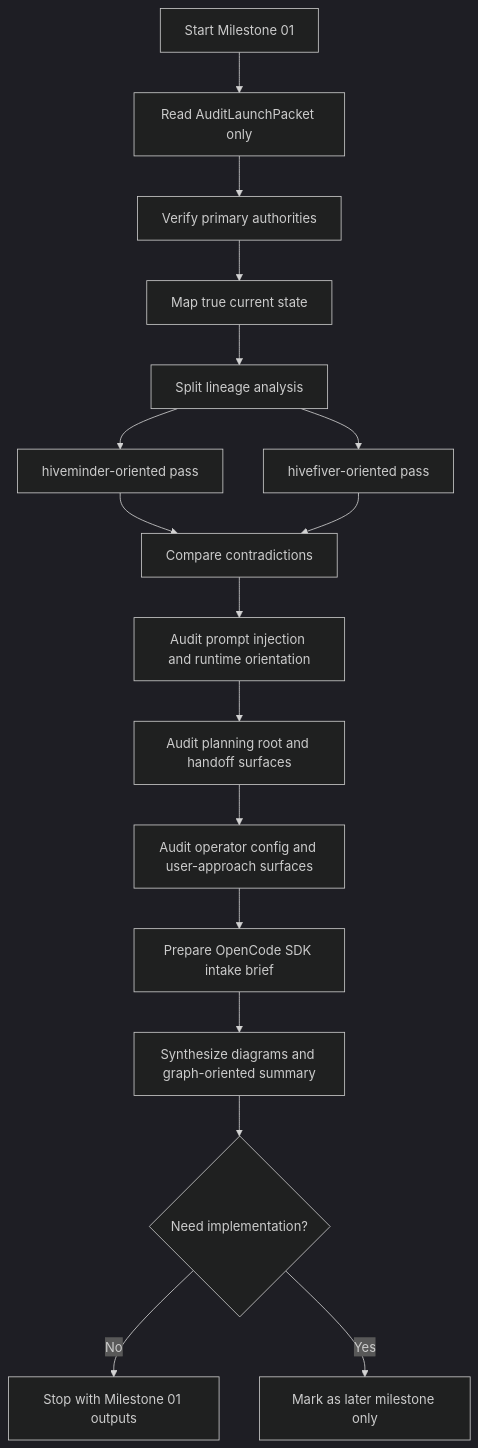
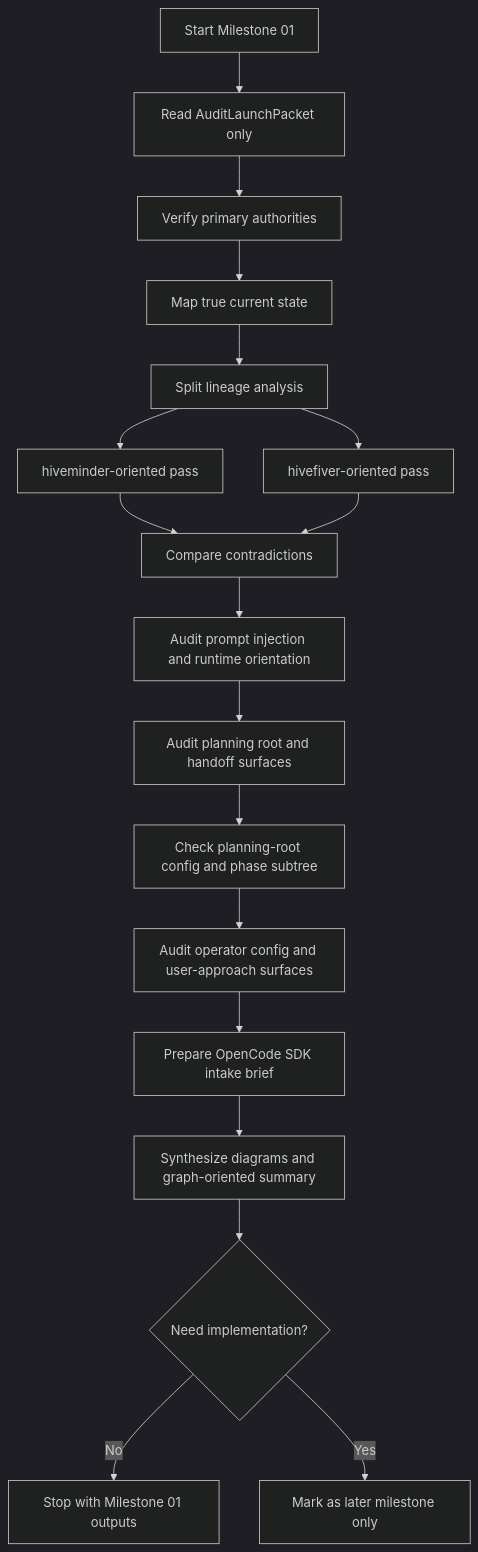
One commit to shynlee04/hivemind-plugin changed the second of 2 diagrams in .hivemind/project/planning/debug/active/milestone-01-current-state-audit-launch-2026-03-06.md. Above: the diagram before and after it, drawn with Mermaid (dark theme). The commit also changed other lines of this file and 7 other files, not shown here.

Commit message:
docs(continuity): align planning-root continuation control

````diff
--- a/.hivemind/project/planning/debug/active/milestone-01-current-state-audit-launch-2026-03-06.md
+++ b/.hivemind/project/planning/debug/active/milestone-01-current-state-audit-launch-2026-03-06.md
@@ -166,19 +172,20 @@
 ```mermaid
 flowchart TD
   A[Start Milestone 01] --> B[Read AuditLaunchPacket only]
   B --> C[Verify primary authorities]
   C --> D[Map true current state]
   D --> E[Split lineage analysis]
   E --> E1[hiveminder-oriented pass]
   E --> E2[hivefiver-oriented pass]
   E1 --> F[Compare contradictions]
   E2 --> F
   F --> G[Audit prompt injection and runtime orientation]
   G --> H[Audit planning root and handoff surfaces]
-  H --> I[Audit operator config and user-approach surfaces]
+  H --> H1[Check planning-root config and phase subtree]
+  H1 --> I[Audit operator config and user-approach surfaces]
   I --> J[Prepare OpenCode SDK intake brief]
   J --> K[Synthesize diagrams and graph-oriented summary]
   K --> L{Need implementation?}
   L -- No --> M[Stop with Milestone 01 outputs]
   L -- Yes --> N[Mark as later milestone only]
 ```
````
